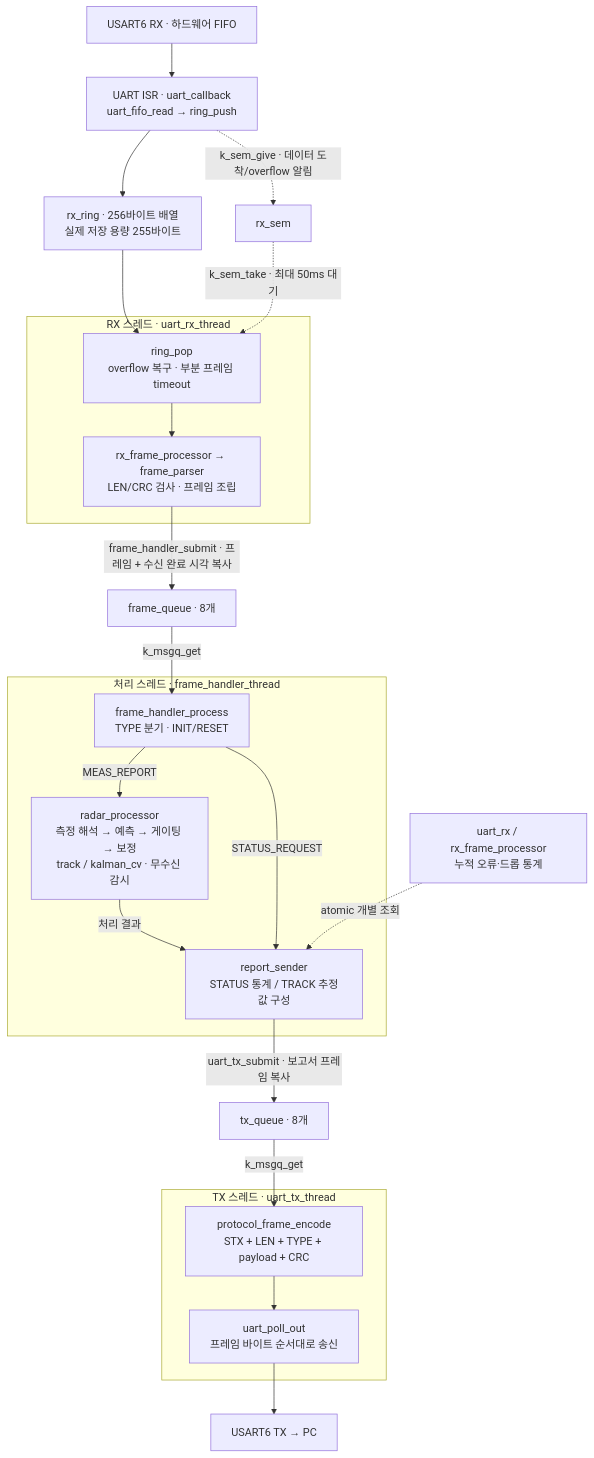
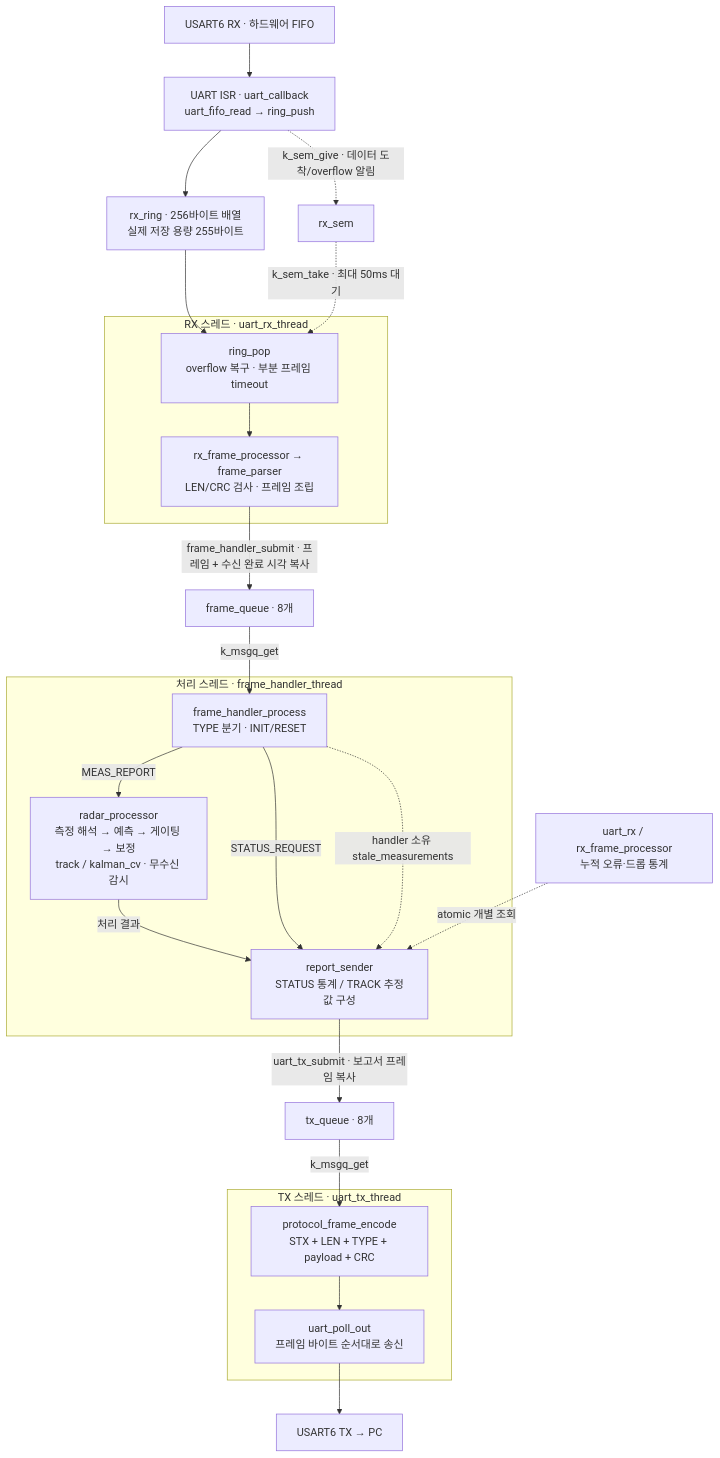
One commit to SungJaeYu/radar-track-fcc-hil changed the second of 2 diagrams in README.md. Above: the diagram before and after it, drawn with Mermaid. The commit also changed other lines of this file and 84 other files, not shown here.

Commit message:
feat: reject stale measurements and record HIL evaluations

````diff
--- a/README.md
+++ b/README.md
@@ -39,32 +40,33 @@
 ```mermaid
 flowchart TD
     RXPin["USART6 RX · 하드웨어 FIFO"] --> ISR["UART ISR · uart_callback<br/>uart_fifo_read → ring_push"]
     ISR --> Ring["rx_ring · 256바이트 배열<br/>실제 저장 용량 255바이트"]
     ISR -.->|"k_sem_give · 데이터 도착/overflow 알림"| Sem["rx_sem"]
     subgraph RX["RX 스레드 · uart_rx_thread"]
         Drain["ring_pop<br/>overflow 복구 · 부분 프레임 timeout"]
         Parser["rx_frame_processor → frame_parser<br/>LEN/CRC 검사 · 프레임 조립"]
         Drain --> Parser
     end
     Ring --> Drain
     Sem -.->|"k_sem_take · 최대 50ms 대기"| Drain
     Parser -->|"frame_handler_submit · 프레임 + 수신 완료 시각 복사"| RXQueue["frame_queue · 8개"]
     subgraph Handler["처리 스레드 · frame_handler_thread"]
         Dispatch["frame_handler_process<br/>TYPE 분기 · INIT/RESET"]
         Radar["radar_processor<br/>측정 해석 → 예측 → 게이팅 → 보정<br/>track / kalman_cv · 무수신 감시"]
         Report["report_sender<br/>STATUS 통계 / TRACK 추정값 구성"]
         Dispatch -->|MEAS_REPORT| Radar
         Radar -->|처리 결과| Report
         Dispatch -->|STATUS_REQUEST| Report
     end
     RXQueue -->|k_msgq_get| Dispatch
     Stats["uart_rx / rx_frame_processor<br/>누적 오류·드롭 통계"] -.->|atomic 개별 조회| Report
+    Dispatch -.->|handler 소유 stale_measurements| Report
     Report -->|"uart_tx_submit · 보고서 프레임 복사"| TXQueue["tx_queue · 8개"]
     subgraph TX["TX 스레드 · uart_tx_thread"]
         Encode["protocol_frame_encode<br/>STX + LEN + TYPE + payload + CRC"]
         Send["uart_poll_out<br/>프레임 바이트 순서대로 송신"]
         Encode --> Send
     end
     TXQueue -->|k_msgq_get| Encode
     Send --> TXPin["USART6 TX → PC"]
 ```
````
